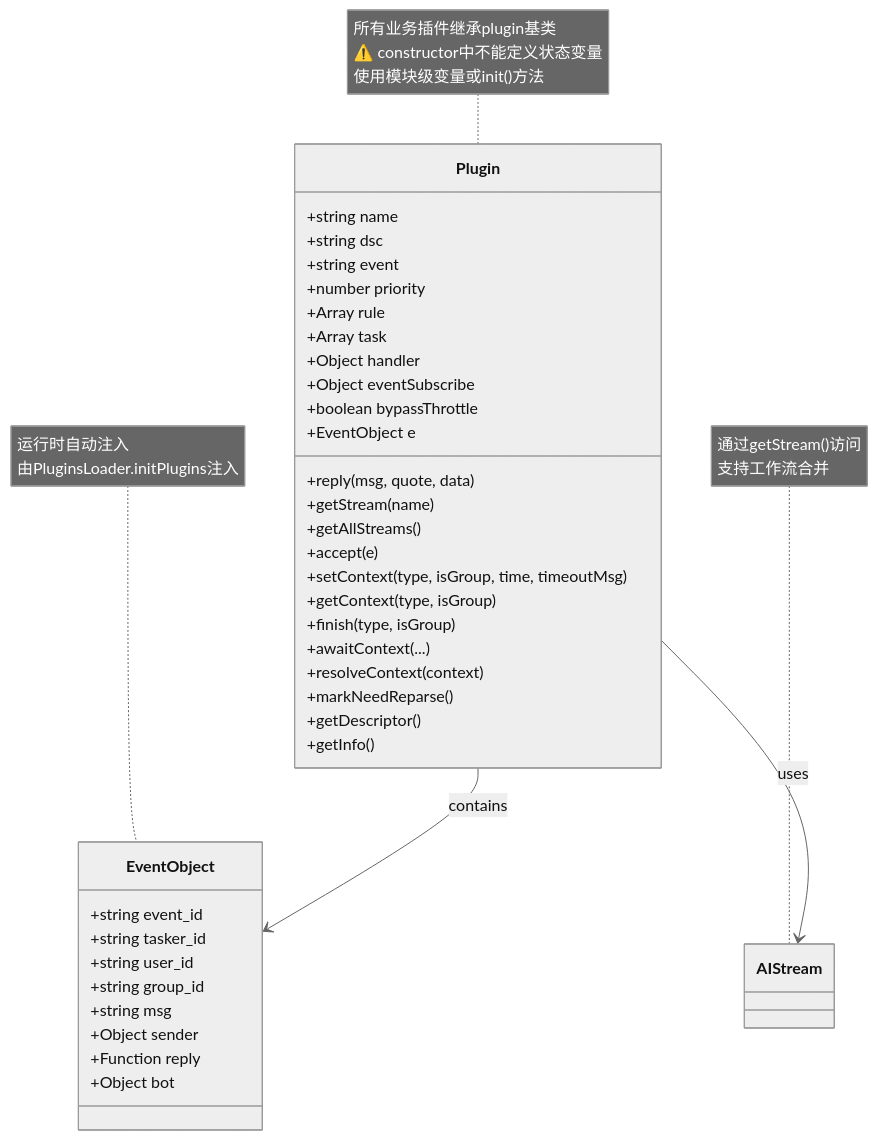
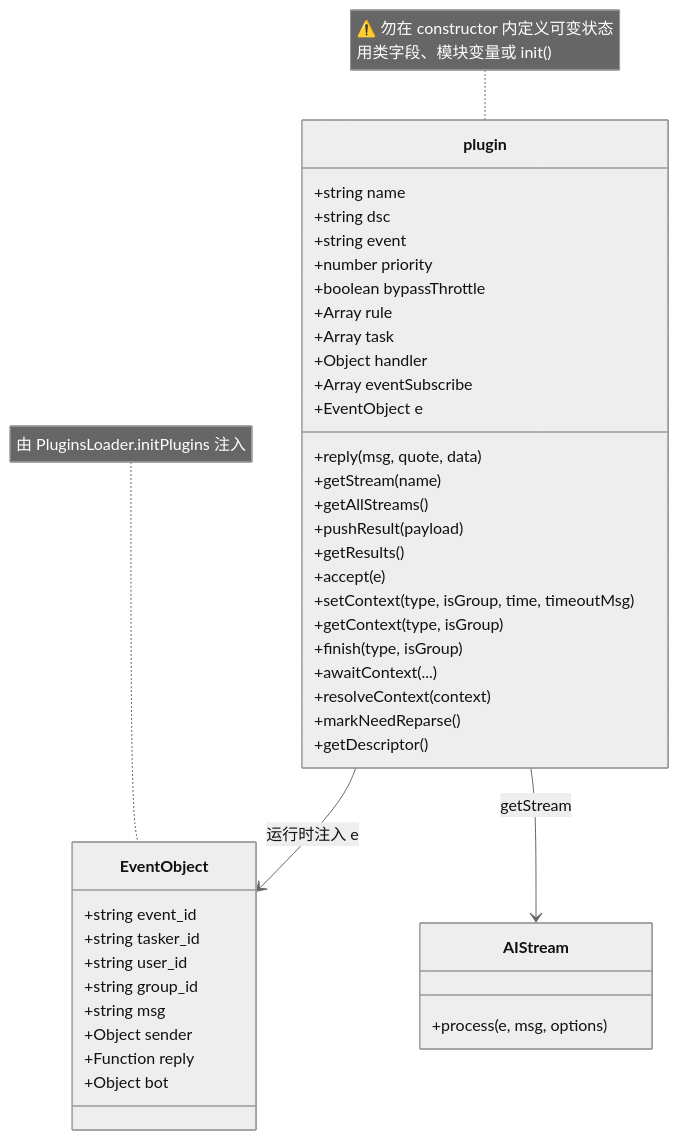
The second of 3 diagrams in docs/plugin-base.md (sunflowermm/XRK-AGT), drawn with Mermaid (neutral theme) before and after one commit. The commit also changed other lines of this file and 31 other files, not shown here.

````diff
--- a/docs/plugin-base.md
+++ b/docs/plugin-base.md
@@ -61,44 +78,49 @@
 ```mermaid
 classDiagram
-    class Plugin {
+    class plugin {
         +string name
         +string dsc
         +string event
         +number priority
+        +boolean bypassThrottle
         +Array rule
         +Array task
         +Object handler
-        +Object eventSubscribe
-        +boolean bypassThrottle
+        +Array eventSubscribe
         +EventObject e
         +reply(msg, quote, data)
         +getStream(name)
         +getAllStreams()
+        +pushResult(payload)
+        +getResults()
         +accept(e)
         +setContext(type, isGroup, time, timeoutMsg)
         +getContext(type, isGroup)
         +finish(type, isGroup)
         +awaitContext(...)
         +resolveContext(context)
         +markNeedReparse()
         +getDescriptor()
-        +getInfo()
     }
-    
+
     class EventObject {
         +string event_id
         +string tasker_id
         +string user_id
         +string group_id
         +string msg
         +Object sender
         +Function reply
         +Object bot
     }
-    
-    Plugin --> EventObject : contains
-    Plugin --> AIStream : uses
-    note for Plugin "所有业务插件继承plugin基类<br/>⚠️ constructor中不能定义状态变量<br/>使用模块级变量或init()方法"
-    note for EventObject "运行时自动注入<br/>由PluginsLoader.initPlugins注入"
-    note for AIStream "通过getStream()访问<br/>支持工作流合并"
+
+    class AIStream {
+        +process(e, msg, options)
+    }
+
+    plugin --> EventObject : 运行时注入 e
+    plugin --> AIStream : getStream
+
+    note for plugin "⚠️ 勿在 constructor 内定义可变状态<br/>用类字段、模块变量或 init()"
+    note for EventObject "由 PluginsLoader.initPlugins 注入"
 ```
````
